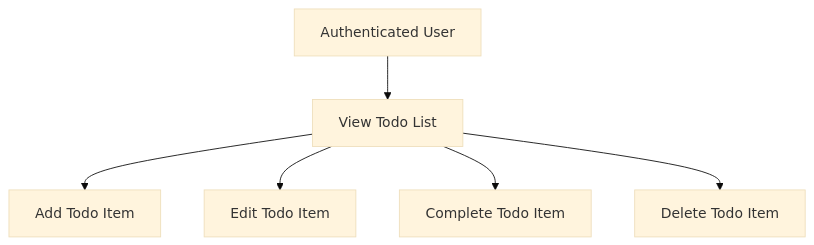
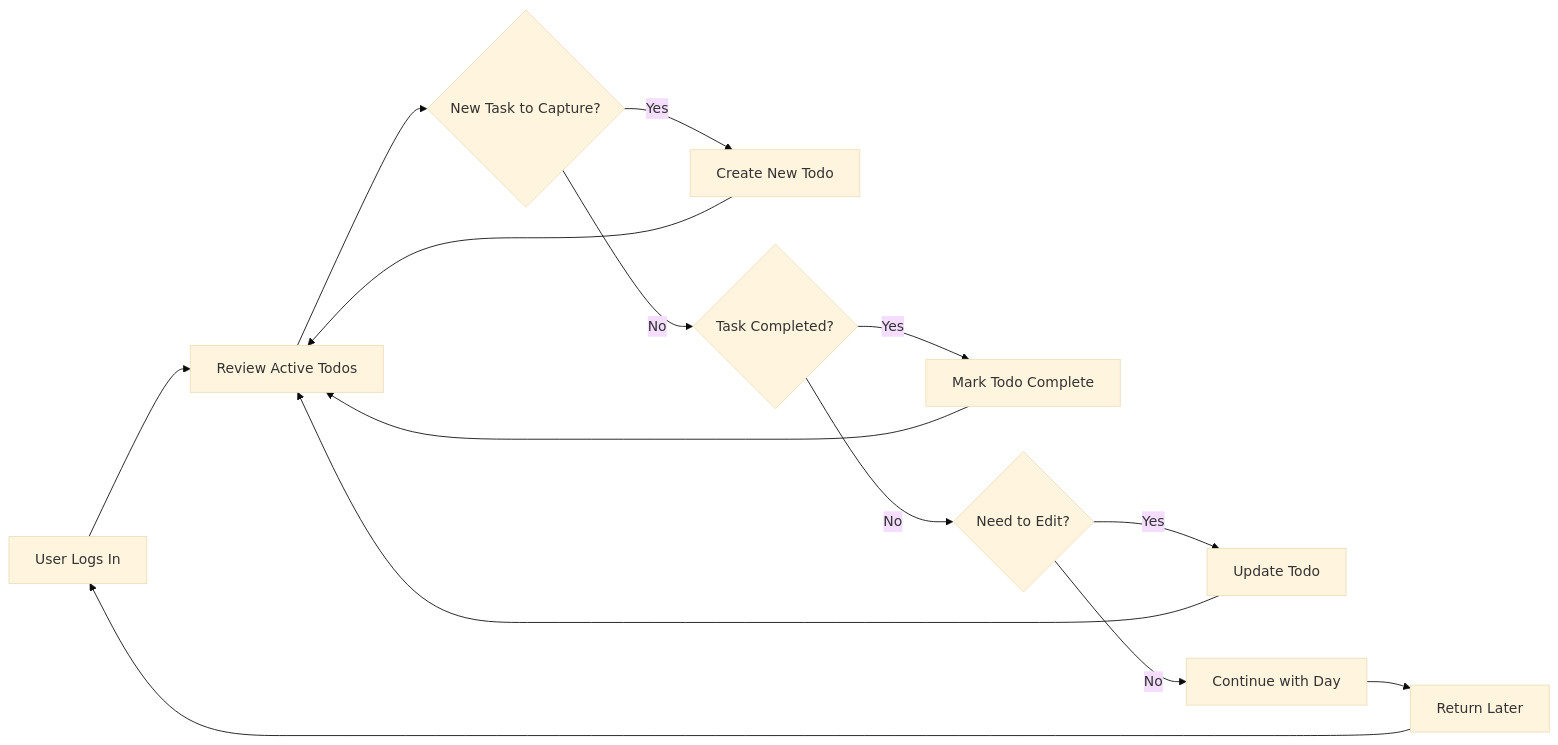
One commit to wrtnlabs/autobe-examples changed the second of 2 diagrams in anthropic/claude-sonnet-4.5/todo/docs/analysis/01-service-overview.md. Above: the diagram before and after it, drawn with Mermaid (base theme). The commit also changed other lines of this file and 1725 other files, not shown here.

````diff
--- a/anthropic/claude-sonnet-4.5/todo/docs/analysis/01-service-overview.md
+++ b/anthropic/claude-sonnet-4.5/todo/docs/analysis/01-service-overview.md
@@ -64,8 +336,16 @@
 ```mermaid
-graph TD
-    T1["Authenticated User"] --> T2["View Todo List"]
-    T2 --> T3["Add Todo Item"]
-    T2 --> T4["Edit Todo Item"]
-    T2 --> T5["Complete Todo Item"]
-    T2 --> T6["Delete Todo Item"]
+graph LR
+    A["User Logs In"] --> B["Review Active Todos"]
+    B --> C{"New Task to Capture?"}
+    C -->|"Yes"| D["Create New Todo"]
+    C -->|"No"| E{"Task Completed?"}
+    D --> B
+    E -->|"Yes"| F["Mark Todo Complete"]
+    E -->|"No"| G{"Need to Edit?"}
+    F --> B
+    G -->|"Yes"| H["Update Todo"]
+    G -->|"No"| I["Continue with Day"]
+    H --> B
+    I --> J["Return Later"]
+    J --> A
 ```
````
